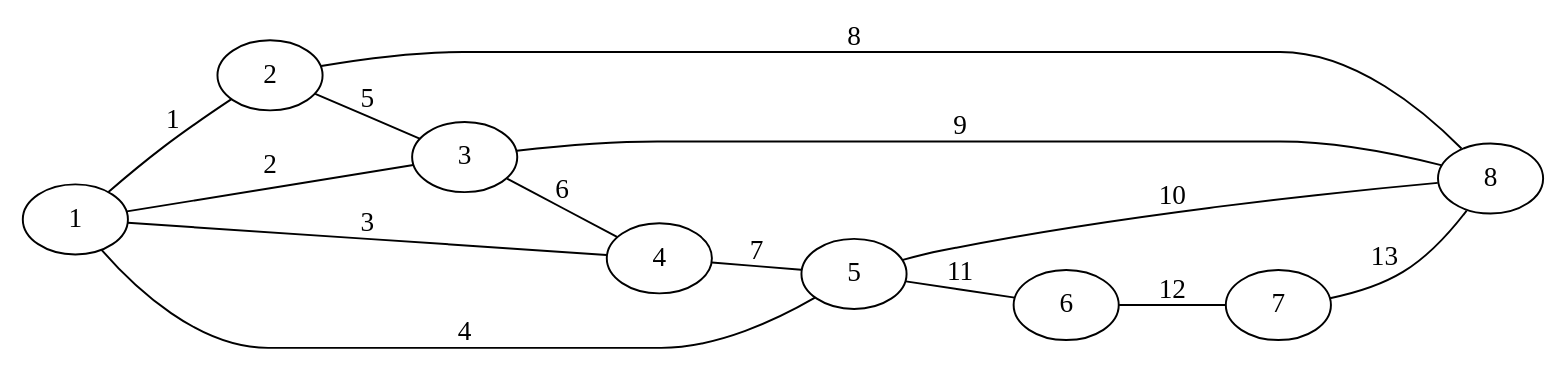
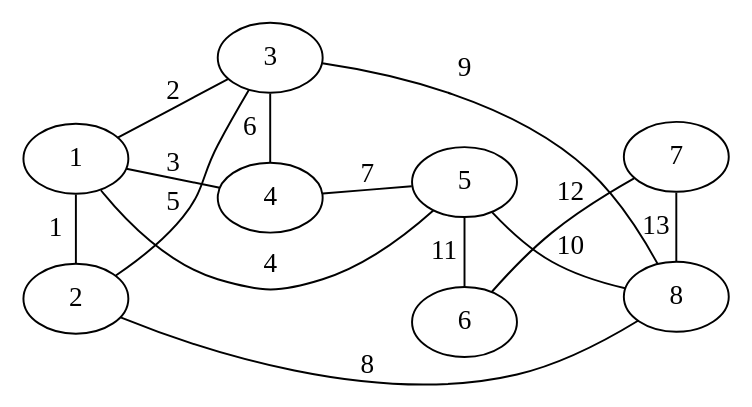
Diagram 48 of 49 in docs/Koh-Dong-Tay-Introduction-to-Graph-Theory/Chapter-1.md (bcatalfo/Math-Solutions), drawn with Graphviz before and after one commit. The commit also changed other lines of this file and 1 other file, not shown here.

Commit message:
Improved how some graphs look on mobile.

````diff
--- a/docs/Koh-Dong-Tay-Introduction-to-Graph-Theory/Chapter-1.md
+++ b/docs/Koh-Dong-Tay-Introduction-to-Graph-Theory/Chapter-1.md
@@ -2035,21 +2035,41 @@
 ```dot
 graph {
     rankdir="LR"
+    {
+        rank = same
+        1
+        2
+    }
+    {
+        rank = same
+        3
+        4
+    }
+    {
+        rank = same
+        5
+        6
+    }
+    {
+        rank = same
+        7
+        8
+    }
     1 -- 2 [label=1]
     1 -- 3 [label=2]
     1 -- 4 [label=3]
     1 -- 5 [label=4]
 
     2 -- 3 [label=5]
     3 -- 4 [label=6]
     4 -- 5 [label=7]
 
     2 -- 8 [label=8]
     3 -- 8 [label=9]
     5 -- 8 [label=10]
 
     5 -- 6 [label=11]
     6 -- 7 [label=12]
     7 -- 8 [label=13]
 }
 ```
````
